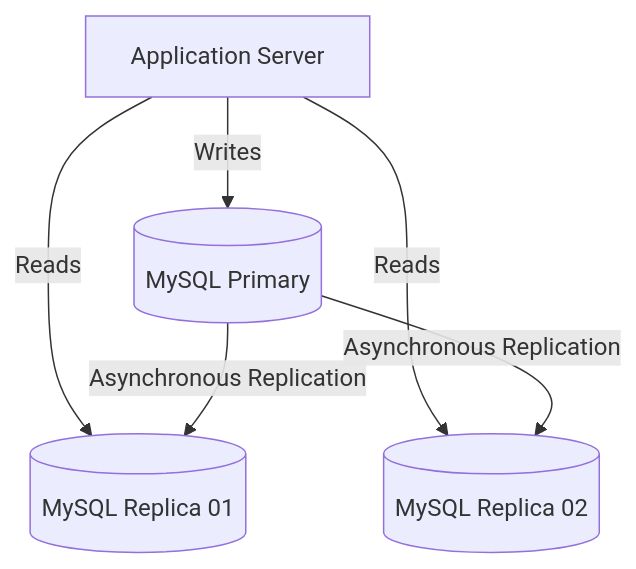
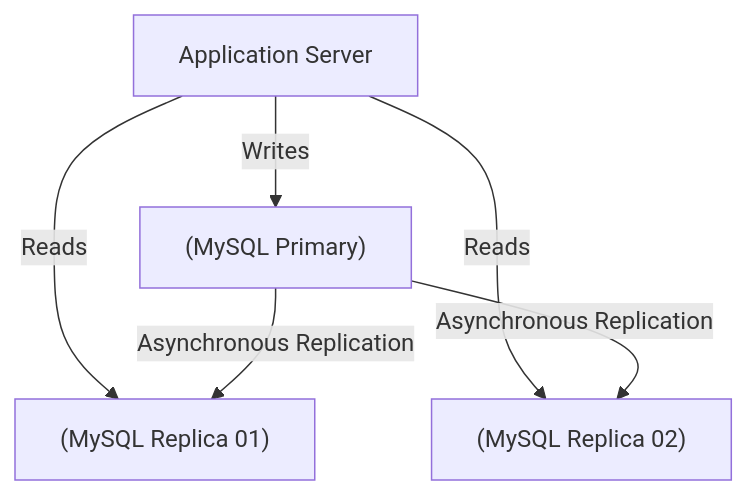
The first of 3 diagrams in content/posts/mysql-scaling-sharding-tidb-architecture.md (vesviet/vesviet), drawn with Mermaid before and after one commit. The commit also changed other lines of this file and 331 other files, not shown here.

````diff
--- a/content/posts/mysql-scaling-sharding-tidb-architecture.md
+++ b/content/posts/mysql-scaling-sharding-tidb-architecture.md
@@ -52,8 +52,8 @@
 ```mermaid
 flowchart TD
-    App[Application Server] -->|Writes| Primary[(MySQL Primary)]
-    App -->|Reads| Replica1[(MySQL Replica 01)]
-    App -->|Reads| Replica2[(MySQL Replica 02)]
-    Primary -->|Asynchronous Replication| Replica1
-    Primary -->|Asynchronous Replication| Replica2
+    App["Application Server"] -->|"Writes"| Primary["(MySQL Primary)"]
+    App -->|"Reads"| Replica1["(MySQL Replica 01)"]
+    App -->|"Reads"| Replica2["(MySQL Replica 02)"]
+    Primary -->|"Asynchronous Replication"| Replica1
+    Primary -->|"Asynchronous Replication"| Replica2
 ```
````
